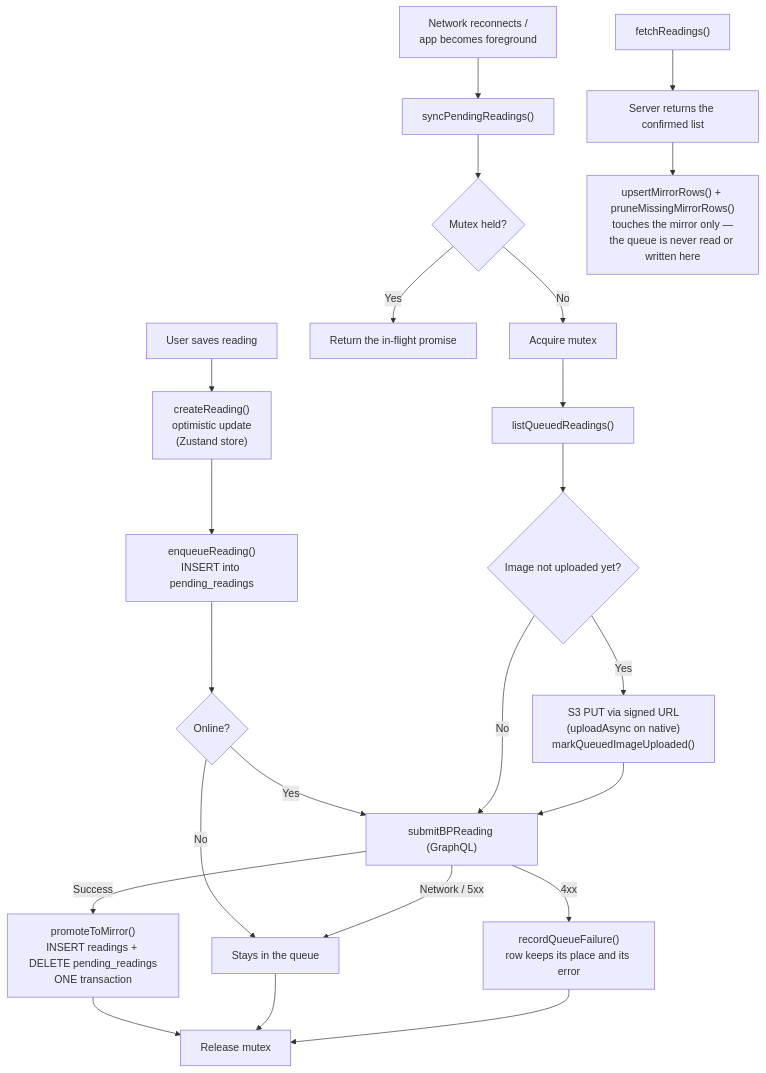
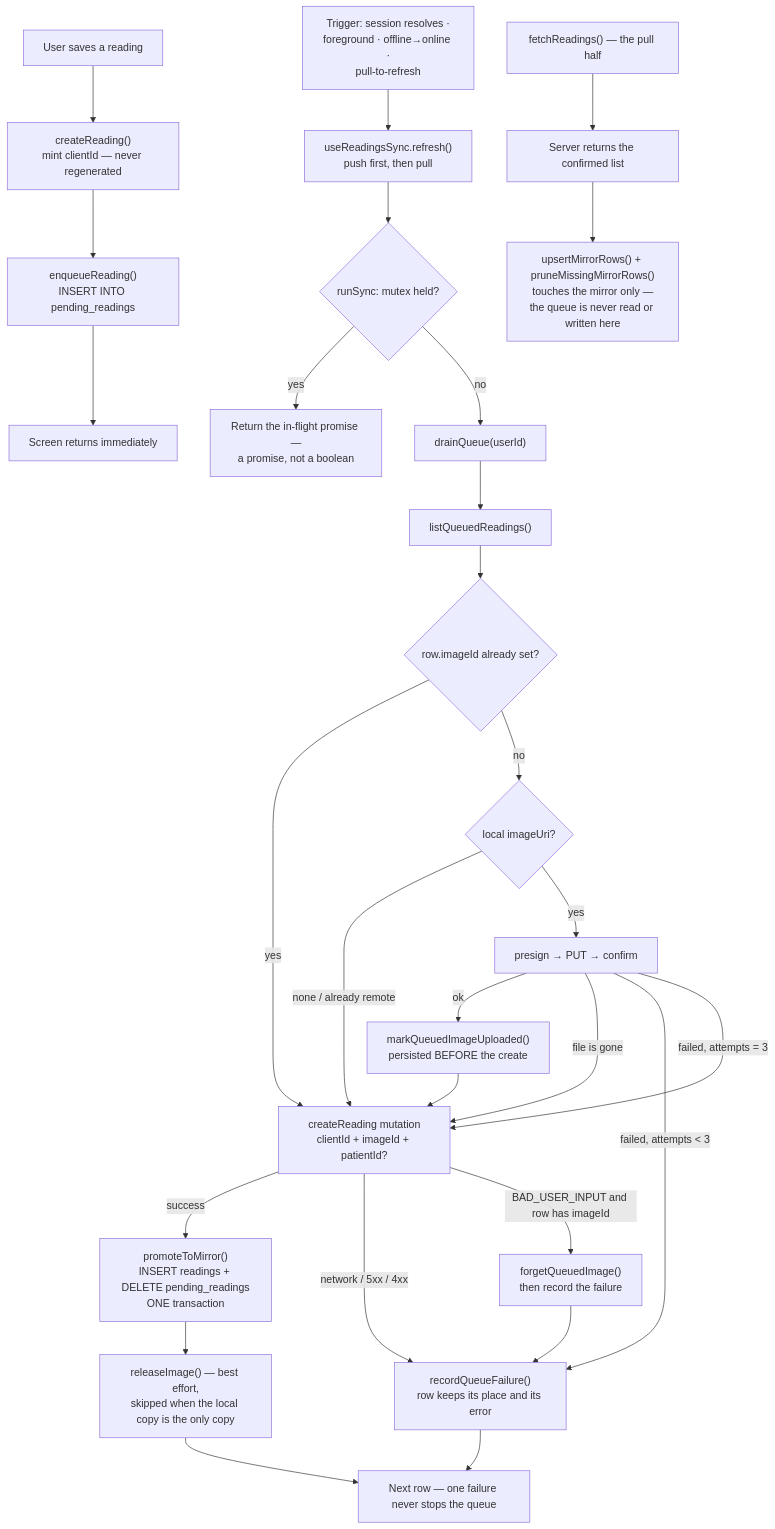
Before and after one commit to vanTHkrab/BP-Monitor-Application: the diagram in docs/architecture/flow-offline-sync.md, drawn with Mermaid. The commit also changed other lines of this file and 32 other files, not shown here.

First line of the commit message:
docs(web): correct every diagram against the code, add four

````diff
--- a/docs/architecture/flow-offline-sync.md
+++ b/docs/architecture/flow-offline-sync.md
@@ -18,27 +20,35 @@
 ```mermaid
 flowchart TD
-    A["User saves reading"] --> B["createReading()<br/>optimistic update<br/>(Zustand store)"]
-    B --> C["enqueueReading()<br/>INSERT into pending_readings"]
-    C --> D{"Online?"}
-    D -- "Yes" --> E["submitBPReading (GraphQL)"]
-    D -- "No" --> Q["Stays in the queue"]
-    E -- "Success" --> P["promoteToMirror()<br/>INSERT readings + DELETE pending_readings<br/>ONE transaction"]
-    E -- "Network / 5xx" --> Q
-    E -- "4xx" --> R["recordQueueFailure()<br/>row keeps its place and its error"]
+    A["User saves a reading"] --> B["createReading()<br/>mint clientId — never regenerated"]
+    B --> C["enqueueReading()<br/>INSERT INTO pending_readings"]
+    C --> Z["Screen returns immediately"]
 
-    G["Network reconnects /<br/>app becomes foreground"] --> H["syncPendingReadings()"]
-    H --> I{"Mutex held?"}
-    I -- "Yes" --> J["Return the in-flight promise"]
-    I -- "No" --> K["Acquire mutex"]
+    G["Trigger: session resolves ·<br/>foreground · offline→online ·<br/>pull-to-refresh"] --> H["useReadingsSync.refresh()<br/>push first, then pull"]
+    H --> I{"runSync: mutex held?"}
+    I -- "yes" --> J["Return the in-flight promise —<br/>a promise, not a boolean"]
+    I -- "no" --> K["drainQueue(userId)"]
     K --> L["listQueuedReadings()"]
-    L --> M{"Image not uploaded yet?"}
-    M -- "Yes" --> N["S3 PUT via signed URL<br/>(uploadAsync on native)<br/>markQueuedImageUploaded()"]
-    M -- "No" --> E
-    N --> E
-    P --> S["Release mutex"]
-    Q --> S
-    R --> S
 
-    T["fetchReadings()"] --> U["Server returns the confirmed list"]
+    L --> M{"row.imageId already set?"}
+    M -- "yes" --> E["createReading mutation<br/>clientId + imageId + patientId?"]
+    M -- "no" --> N{"local imageUri?"}
+    N -- "none / already remote" --> E
+    N -- "yes" --> O["presign → PUT → confirm"]
+    O -- "ok" --> P2["markQueuedImageUploaded()<br/>persisted BEFORE the create"]
+    P2 --> E
+    O -- "file is gone" --> E
+    O -- "failed, attempts < 3" --> R["recordQueueFailure()<br/>row keeps its place and its error"]
+    O -- "failed, attempts = 3" --> E
+
+    E -- "success" --> P["promoteToMirror()<br/>INSERT readings + DELETE pending_readings<br/>ONE transaction"]
+    E -- "network / 5xx / 4xx" --> R
+    E -- "BAD_USER_INPUT and row has imageId" --> F2["forgetQueuedImage()<br/>then record the failure"]
+    F2 --> R
+
+    P --> RL["releaseImage() — best effort,<br/>skipped when the local copy is the only copy"]
+    RL --> NEXT["Next row — one failure never stops the queue"]
+    R --> NEXT
+
+    T["fetchReadings() — the pull half"] --> U["Server returns the confirmed list"]
     U --> V["upsertMirrorRows() + pruneMissingMirrorRows()<br/>touches the mirror only —<br/>the queue is never read or written here"]
 ```
````
